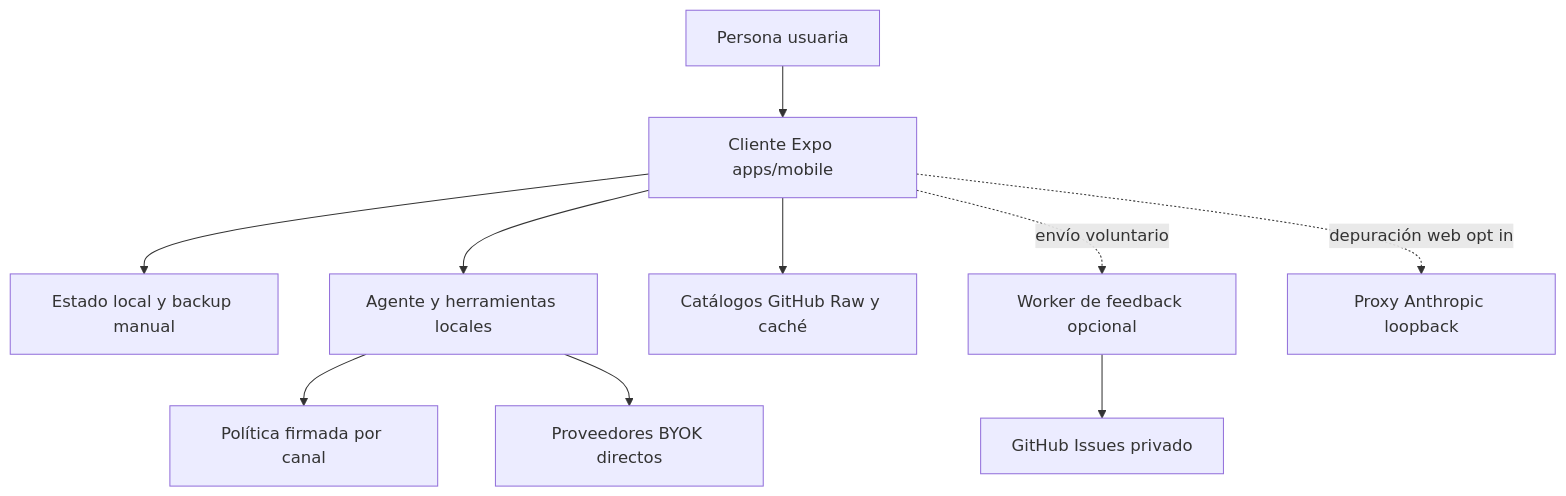
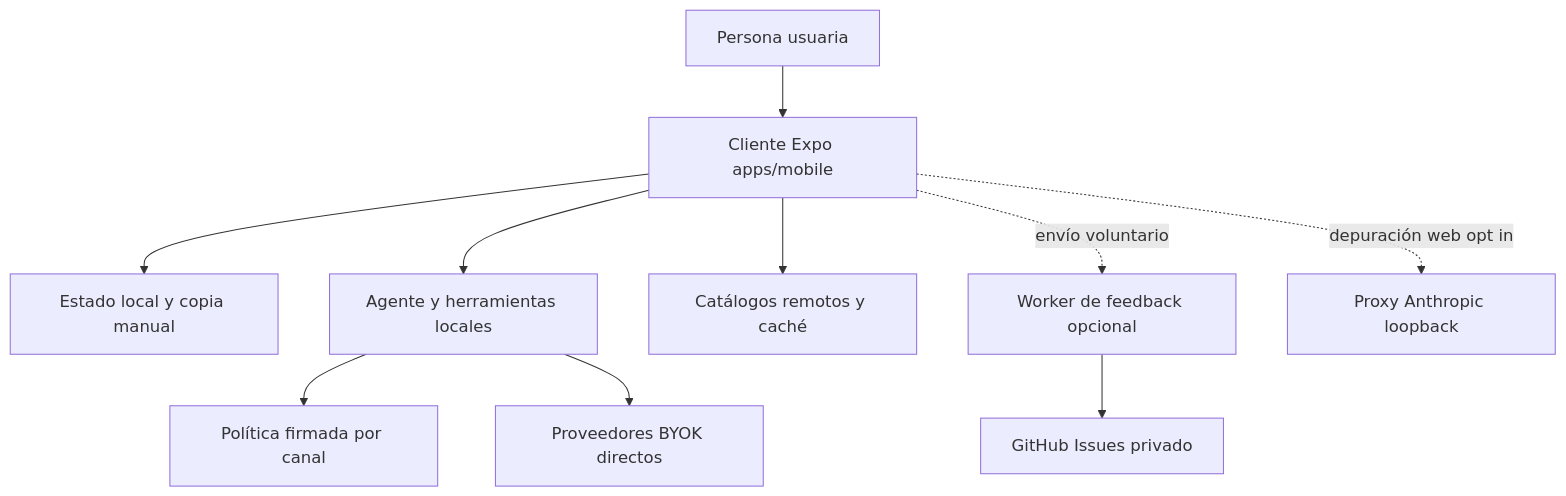
The diagram in openwiki/quickstart.md (maximofn/gymnasia), drawn with Mermaid before and after one commit. The commit also changed other lines of this file and 21 other files, not shown here.

````diff
--- a/openwiki/quickstart.md
+++ b/openwiki/quickstart.md
@@ -87,12 +88,12 @@
 ```mermaid
 flowchart TD
-    User["Persona usuaria"] --> Client["Cliente Expo apps/mobile"]
-    Client --> Local["Estado local y backup manual"]
+    Person["Persona usuaria"] --> Client["Cliente Expo apps/mobile"]
+    Client --> Local["Estado local y copia manual"]
     Client --> Agent["Agente y herramientas locales"]
-    Client --> Catalogs["Catálogos GitHub Raw y caché"]
+    Client --> Catalogs["Catálogos remotos y caché"]
     Agent --> Policy["Política firmada por canal"]
     Agent --> Providers["Proveedores BYOK directos"]
     Client -. "envío voluntario" .-> Feedback["Worker de feedback opcional"]
     Feedback --> GitHub["GitHub Issues privado"]
     Client -. "depuración web opt in" .-> Proxy["Proxy Anthropic loopback"]
 ```
````
